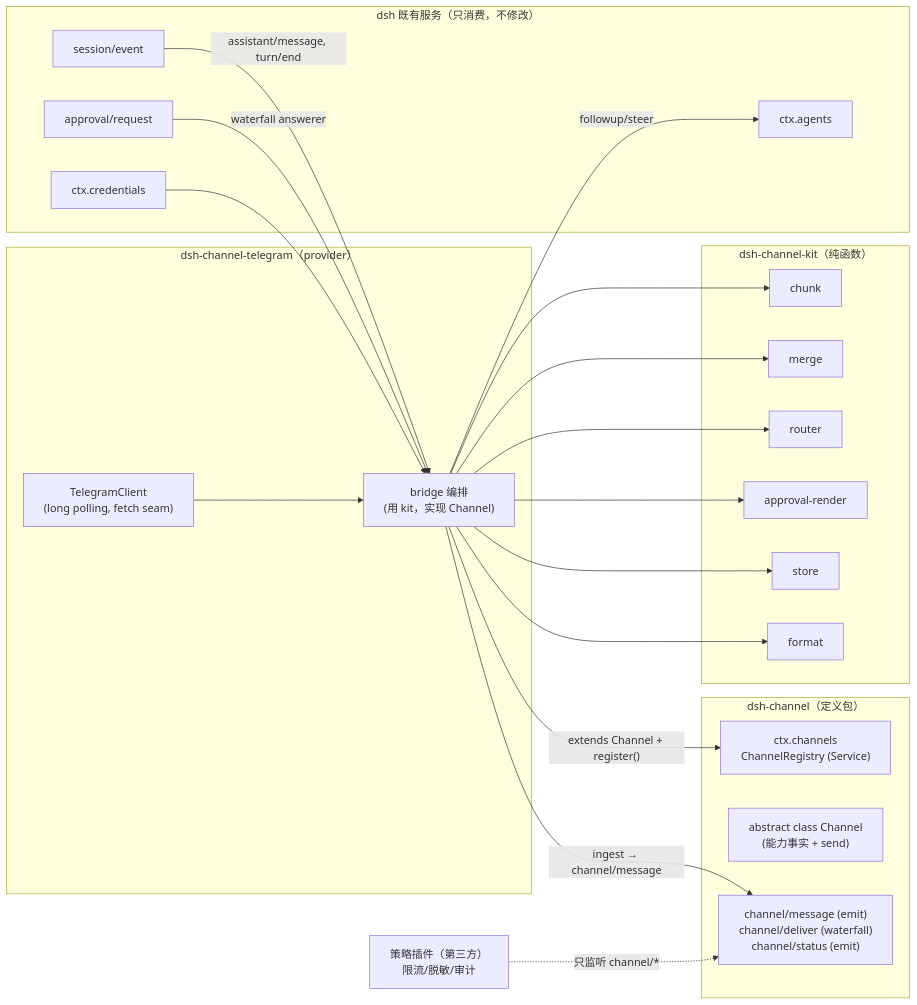
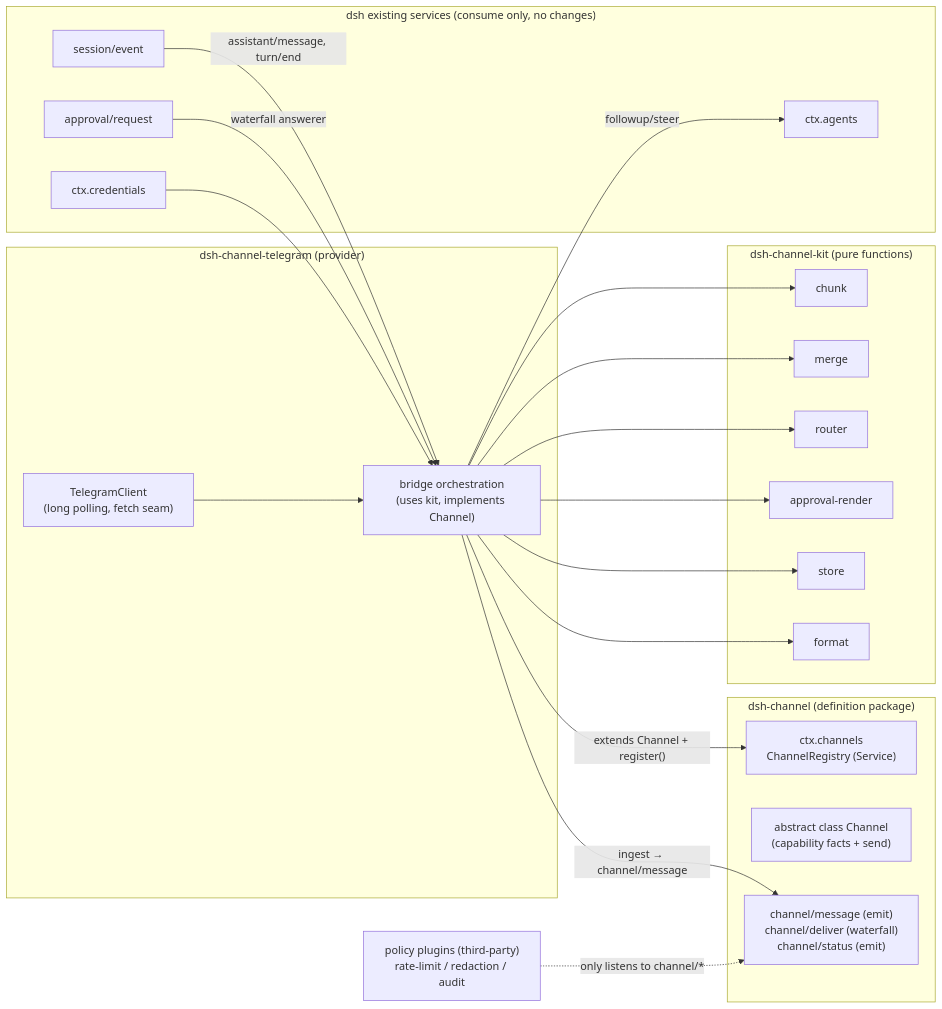
The diagram in dsh-channel-design.md (ZinkLu/dsh-channel), drawn with Mermaid before and after one commit. The commit also changed other lines of this file and 50 other files, not shown here.

````diff
--- a/dsh-channel-design.md
+++ b/dsh-channel-design.md
@@ -86,29 +85,29 @@
 ```mermaid
 flowchart LR
-  subgraph def["dsh-channel（定义包）"]
+  subgraph def["dsh-channel (definition package)"]
     REG["ctx.channels\nChannelRegistry (Service)"]
-    CH["abstract class Channel\n(能力事实 + send)"]
+    CH["abstract class Channel\n(capability facts + send)"]
     EV["channel/message (emit)\nchannel/deliver (waterfall)\nchannel/status (emit)"]
   end
-  subgraph kit["dsh-channel-kit（纯函数）"]
+  subgraph kit["dsh-channel-kit (pure functions)"]
     K1[chunk] ; K2[merge] ; K3[router] ; K4[approval-render] ; K5[store] ; K6[format]
   end
-  subgraph tg["dsh-channel-telegram（provider）"]
+  subgraph tg["dsh-channel-telegram (provider)"]
     CLI["TelegramClient\n(long polling, fetch seam)"]
-    BR["bridge 编排\n(用 kit，实现 Channel)"]
+    BR["bridge orchestration\n(uses kit, implements Channel)"]
   end
-  subgraph dsh["dsh 既有服务（只消费，不修改）"]
+  subgraph dsh["dsh existing services (consume only, no changes)"]
     AG["ctx.agents"] ; SES["session/event"] ; AP["approval/request"] ; CRED["ctx.credentials"]
   end
-  POL["策略插件（第三方）\n限流/脱敏/审计"]
+  POL["policy plugins (third-party)\nrate-limit / redaction / audit"]
 
   CLI --> BR
   BR -- "extends Channel + register()" --> REG
   BR -- "ingest → channel/message" --> EV
   BR --> K1 & K2 & K3 & K4 & K5 & K6
   BR -- "followup/steer" --> AG
   SES -- "assistant/message, turn/end" --> BR
   AP -- "waterfall answerer" --> BR
   CRED --> BR
-  POL -. "只监听 channel/*" .-> EV
+  POL -. "only listens to channel/*" .-> EV
 ```
````
